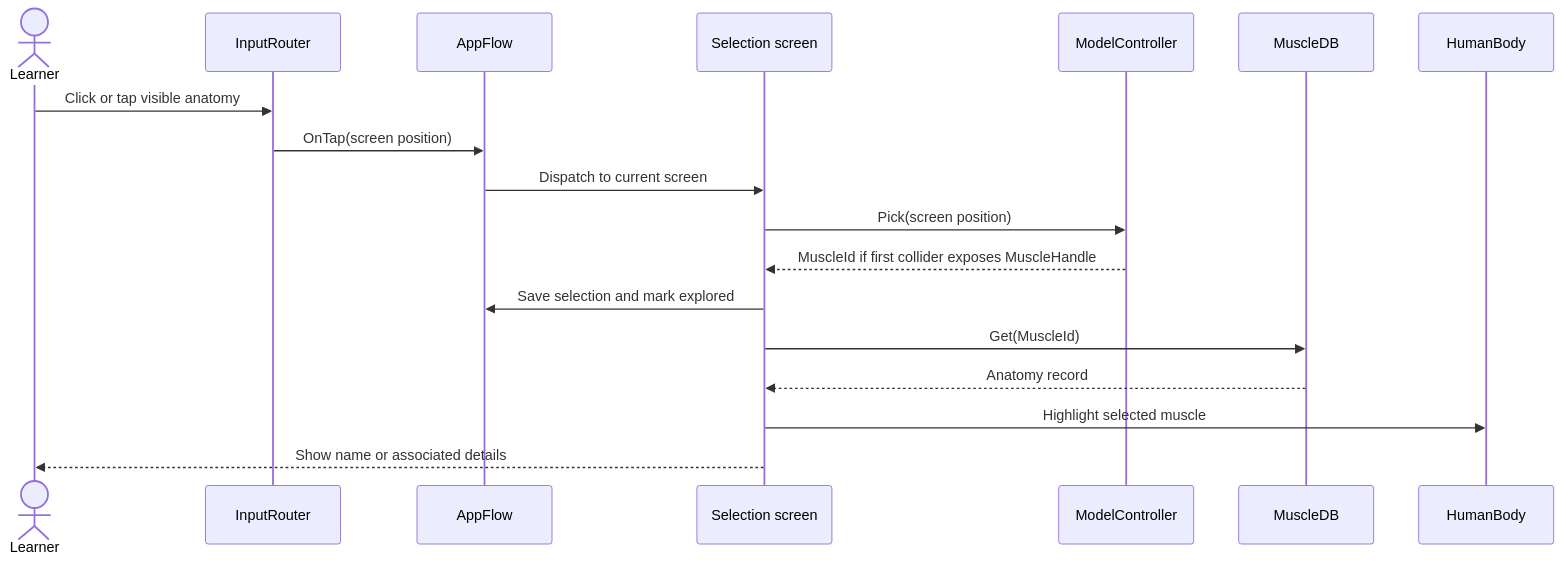
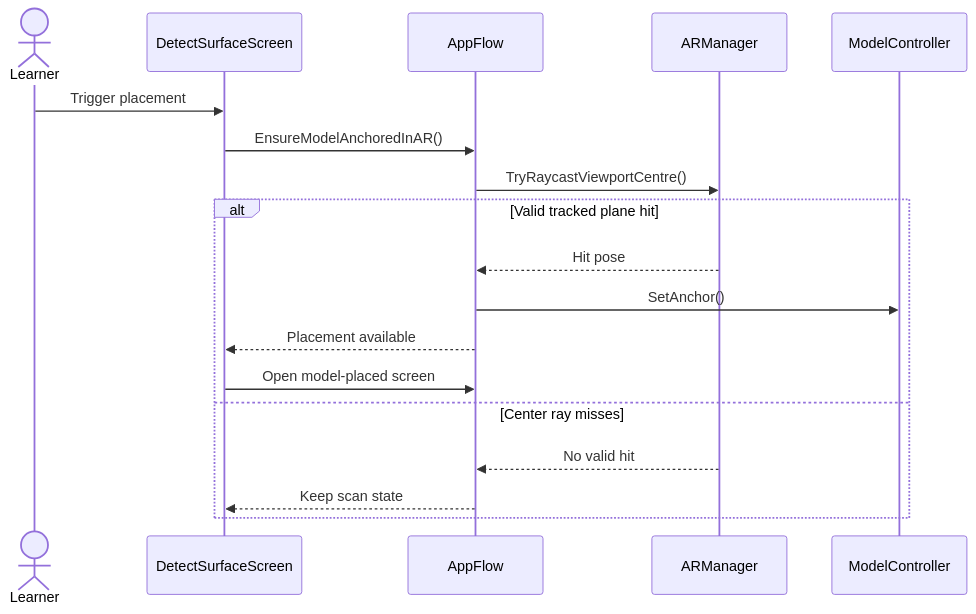
The third of 3 diagrams in PROJECT_REPORT.md (AkshitaJ0904/MuscleAR-Unity), drawn with Mermaid before and after one commit. The commit also changed other lines of this file and 148 other files, not shown here.

Commit message:
Prepare current MuscleAR project for publication

````diff
--- a/PROJECT_REPORT.md
+++ b/PROJECT_REPORT.md
@@ -170,20 +175,20 @@
 ```mermaid
 sequenceDiagram
     actor Learner
-    participant Input as InputRouter
+    participant Scan as DetectSurfaceScreen
     participant Flow as AppFlow
-    participant UI as Selection screen
+    participant AR as ARManager
     participant Model as ModelController
-    participant DB as MuscleDB
-    participant Body as HumanBody
-    Learner->>Input: Click or tap visible anatomy
-    Input->>Flow: OnTap(screen position)
-    Flow->>UI: Dispatch to current screen
-    UI->>Model: Pick(screen position)
-    Model-->>UI: MuscleId if first collider exposes MuscleHandle
-    UI->>Flow: Save selection and mark explored
-    UI->>DB: Get(MuscleId)
-    DB-->>UI: Anatomy record
-    UI->>Body: Highlight selected muscle
-    UI-->>Learner: Show name or associated details
+    Learner->>Scan: Trigger placement
+    Scan->>Flow: EnsureModelAnchoredInAR()
+    Flow->>AR: TryRaycastViewportCentre()
+    alt Valid tracked plane hit
+        AR-->>Flow: Hit pose
+        Flow->>Model: SetAnchor()
+        Flow-->>Scan: Placement available
+        Scan->>Flow: Open model-placed screen
+    else Center ray misses
+        AR-->>Flow: No valid hit
+        Flow-->>Scan: Keep scan state
+    end
 ```
````
